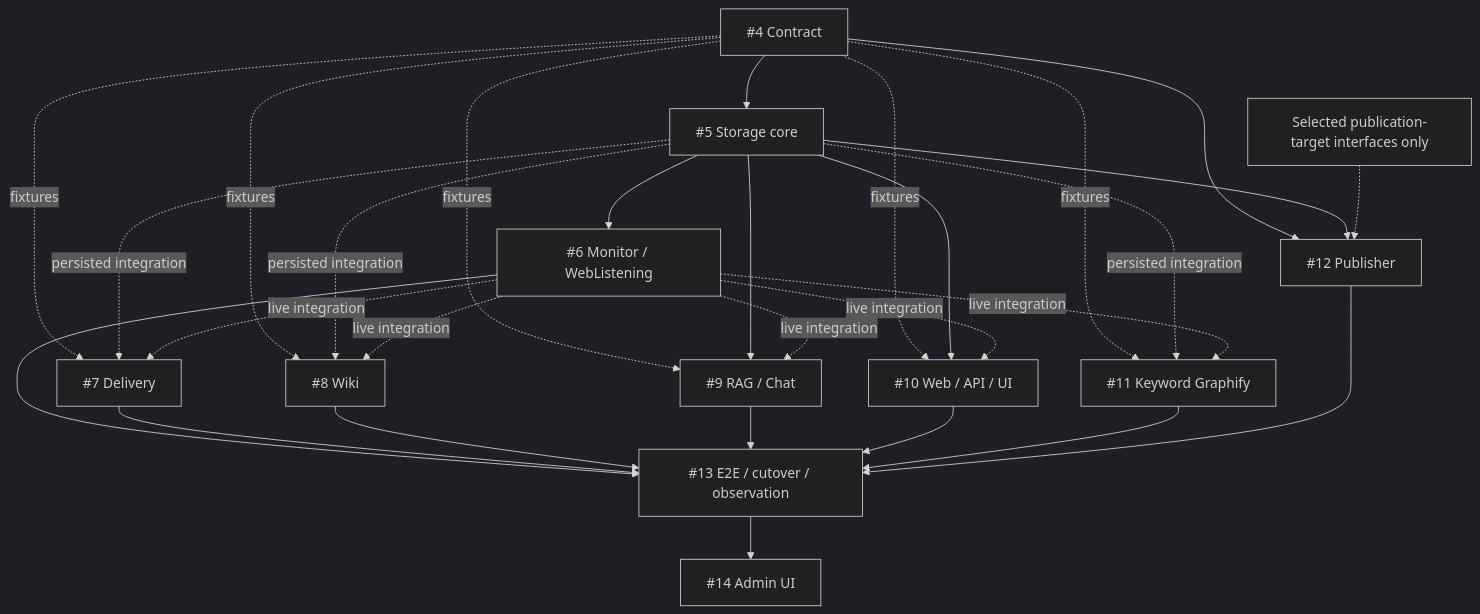
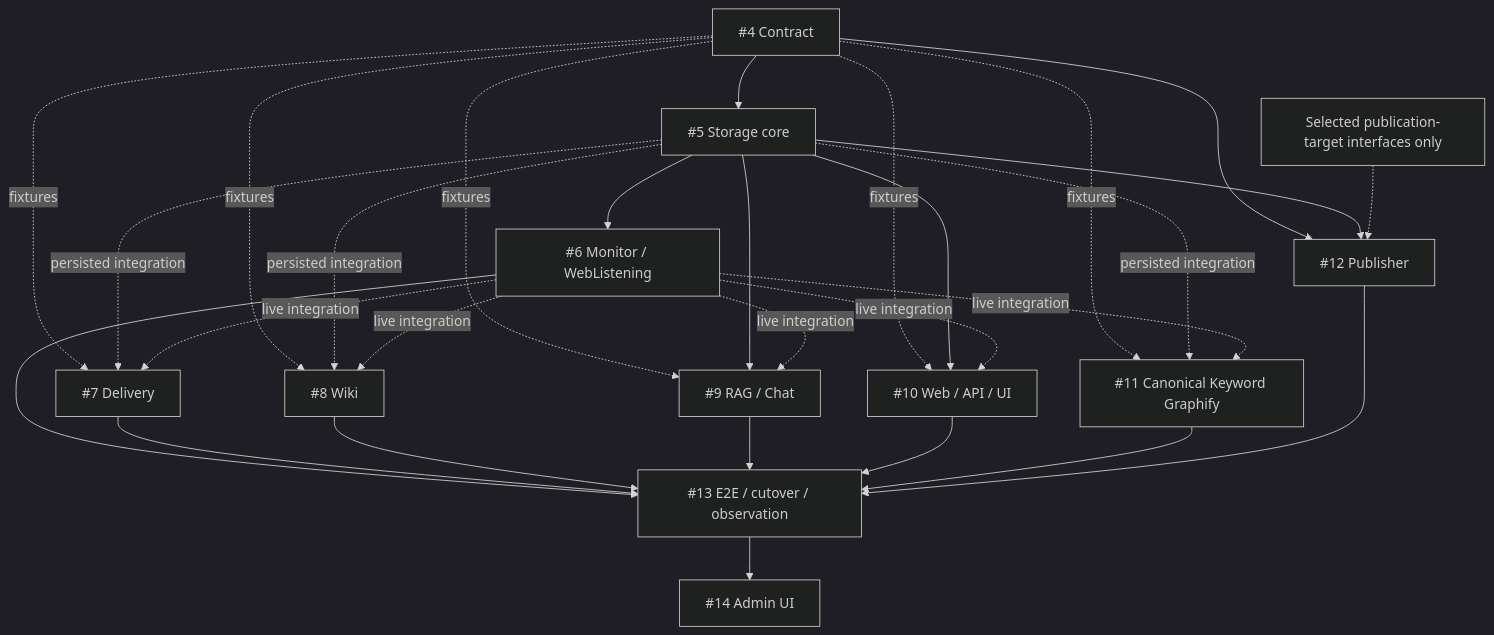
One commit to ferryhe/climate_monitor changed the first of 2 diagrams in docs/planning/migration-plan-v2.md. Above: the diagram before and after it, drawn with Mermaid (dark theme). The commit also changed other lines of this file and 1 other file, not shown here.

Commit message:
docs: standardize Canonical Keyword Graphify naming

````diff
--- a/docs/planning/migration-plan-v2.md
+++ b/docs/planning/migration-plan-v2.md
@@ -19,31 +19,31 @@
 ```mermaid
 flowchart TD
   C["#4 Contract"] --> S["#5 Storage core"]
   S --> M["#6 Monitor / WebListening"]
   C -. "fixtures" .-> D["#7 Delivery"]
   C -. "fixtures" .-> W["#8 Wiki"]
   C -. "fixtures" .-> R["#9 RAG / Chat"]
   C -. "fixtures" .-> U["#10 Web / API / UI"]
-  C -. "fixtures" .-> G["#11 Keyword Graphify"]
+  C -. "fixtures" .-> G["#11 Canonical Keyword Graphify"]
   S -. "persisted integration" .-> D
   S -. "persisted integration" .-> W
   S --> R
   S --> U
   S -. "persisted integration" .-> G
   M -. "live integration" .-> D
   M -. "live integration" .-> W
   M -. "live integration" .-> R
   M -. "live integration" .-> U
   M -. "live integration" .-> G
   C --> P["#12 Publisher"]
   S --> P
   T["Selected publication-target interfaces only"] -.-> P
   M --> E["#13 E2E / cutover / observation"]
   D --> E
   W --> E
   R --> E
   U --> E
   G --> E
   P --> E
   E --> A["#14 Admin UI"]
 ```
````
